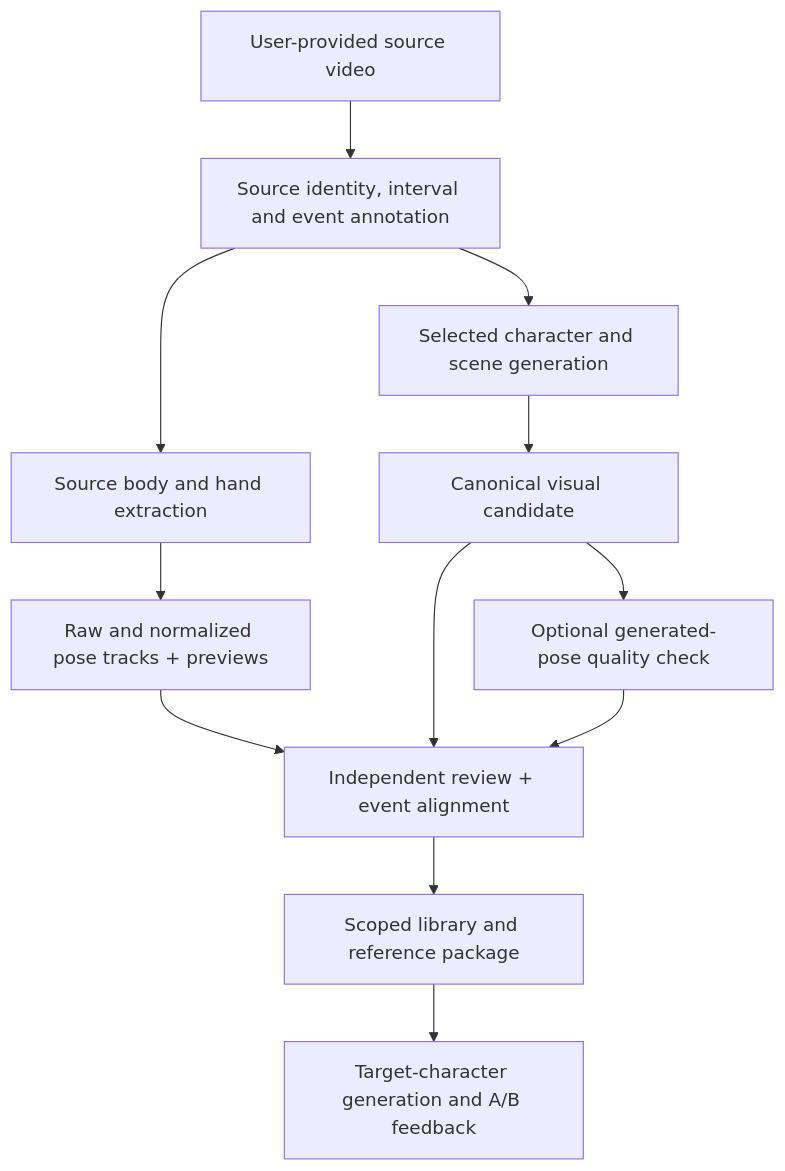
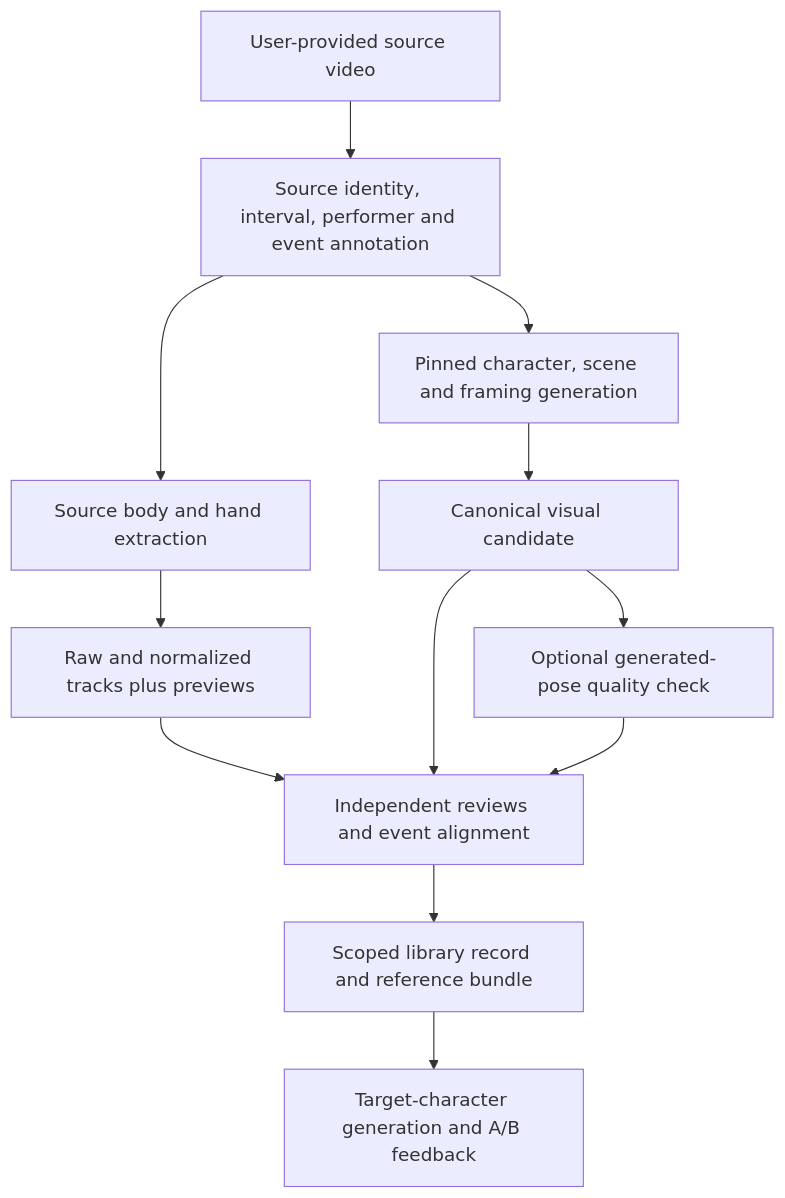
The diagram in README.md (copypasteltd/Hottest-animation-clones), drawn with Mermaid before and after one commit. The commit also changed other lines of this file and 3 other files, not shown here.

````diff
--- a/README.md
+++ b/README.md
@@ -36,14 +36,14 @@
 ```mermaid
 flowchart TD
-    A[User-provided source video] --> B[Source identity, interval and event annotation]
+    A[User-provided source video] --> B[Source identity, interval, performer and event annotation]
     B --> C[Source body and hand extraction]
-    B --> D[Selected character and scene generation]
-    C --> E[Raw and normalized pose tracks + previews]
+    B --> D[Pinned character, scene and framing generation]
+    C --> E[Raw and normalized tracks plus previews]
     D --> F[Canonical visual candidate]
     F --> G[Optional generated-pose quality check]
-    E --> H[Independent review + event alignment]
+    E --> H[Independent reviews and event alignment]
     F --> H
     G --> H
-    H --> I[Scoped library and reference package]
+    H --> I[Scoped library record and reference bundle]
     I --> J[Target-character generation and A/B feedback]
 ```
````
